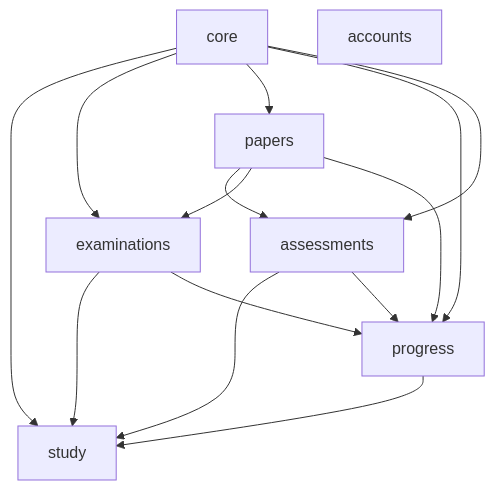
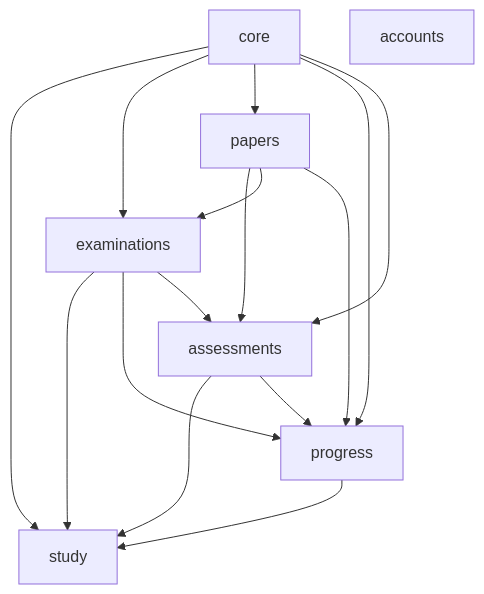
Before and after one commit to nrstatlab/planning-for-future: the second of 4 diagrams in Webapp/ARCHITECTURE.md, drawn with Mermaid. The commit also changed other lines of this file and 1 other file, not shown here.

````diff
--- a/Webapp/ARCHITECTURE.md
+++ b/Webapp/ARCHITECTURE.md
@@ -82,9 +82,9 @@
 ```mermaid
 flowchart TB
   core --> study & examinations & papers & progress & assessments
   accounts
-  examinations --> study & progress
+  examinations --> study & progress & assessments
   papers --> assessments & examinations & progress
   assessments --> study & progress
   progress --> study
 ```
````
